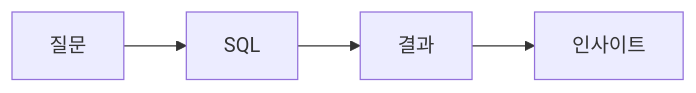
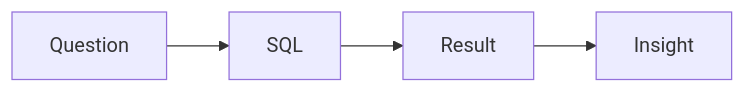
One commit to yeongseon-books/book-content changed the diagram in content/data-science-career-101/ko/05-sql-and-analytics-interview.md. Above: the diagram before and after it, drawn with Mermaid. The commit also changed other lines of this file and 9 other files, not shown here.

````diff
--- a/content/data-science-career-101/ko/05-sql-and-analytics-interview.md
+++ b/content/data-science-career-101/ko/05-sql-and-analytics-interview.md
@@ -41,6 +51,6 @@
 ```mermaid
 flowchart LR
-    Q[질문] --> S[SQL]
-    S --> R[결과]
-    R --> I[인사이트]
+    Q[Question] --> S[SQL]
+    S --> R[Result]
+    R --> I[Insight]
 ```
````
